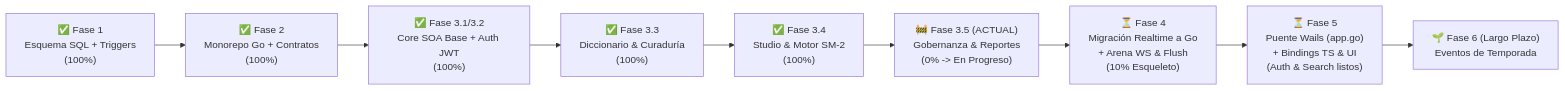
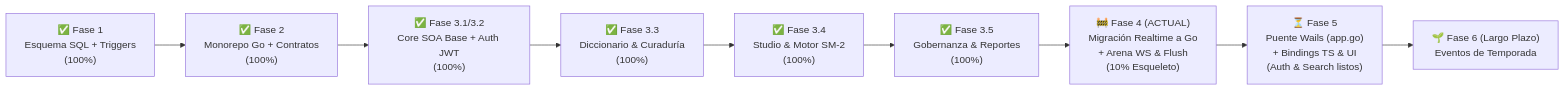
The diagram in .context/PLAN.md (OGShawnLee/palabrario), drawn with Mermaid before and after one commit. The commit also changed other lines of this file and 29 other files, not shown here.

````diff
--- a/.context/PLAN.md
+++ b/.context/PLAN.md
@@ -29,11 +29,11 @@
 ```mermaid
 flowchart LR
     F1["✅ Fase 1\nEsquema SQL + Triggers\n(100%)"] --> F2["✅ Fase 2\nMonorepo Go + Contratos\n(100%)"]
     F2 --> F31["✅ Fase 3.1/3.2\nCore SOA Base + Auth JWT\n(100%)"]
     F31 --> F33["✅ Fase 3.3\nDiccionario & Curaduría\n(100%)"]
     F33 --> F34["✅ Fase 3.4\nStudio & Motor SM-2\n(100%)"]
-    F34 --> F35["🚧 Fase 3.5 (ACTUAL)\nGobernanza & Reportes\n(0% -> En Progreso)"]
-    F35 --> F4["⏳ Fase 4\nMigración Realtime a Go\n+ Arena WS & Flush\n(10% Esqueleto)"]
+    F34 --> F35["✅ Fase 3.5\nGobernanza & Reportes\n(100%)"]
+    F35 --> F4["🚧 Fase 4 (ACTUAL)\nMigración Realtime a Go\n+ Arena WS & Flush\n(10% Esqueleto)"]
     F4 --> F5["⏳ Fase 5\nPuente Wails (app.go)\n+ Bindings TS & UI\n(Auth & Search listos)"]
     F5 --> F6["🌱 Fase 6 (Largo Plazo)\nEventos de Temporada"]
 ```
````
